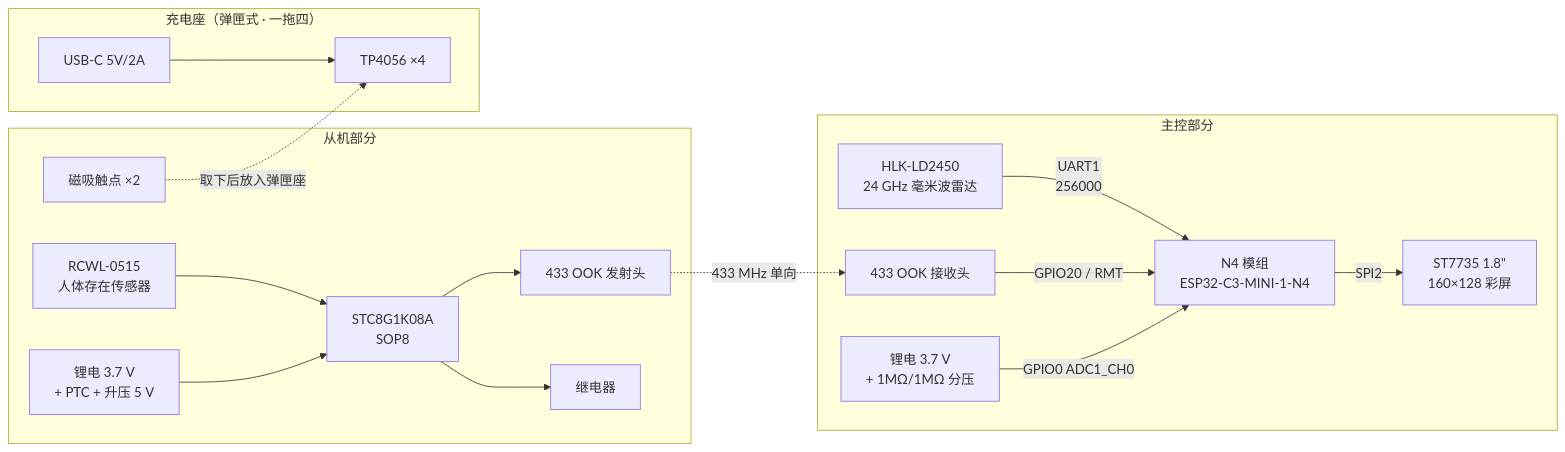
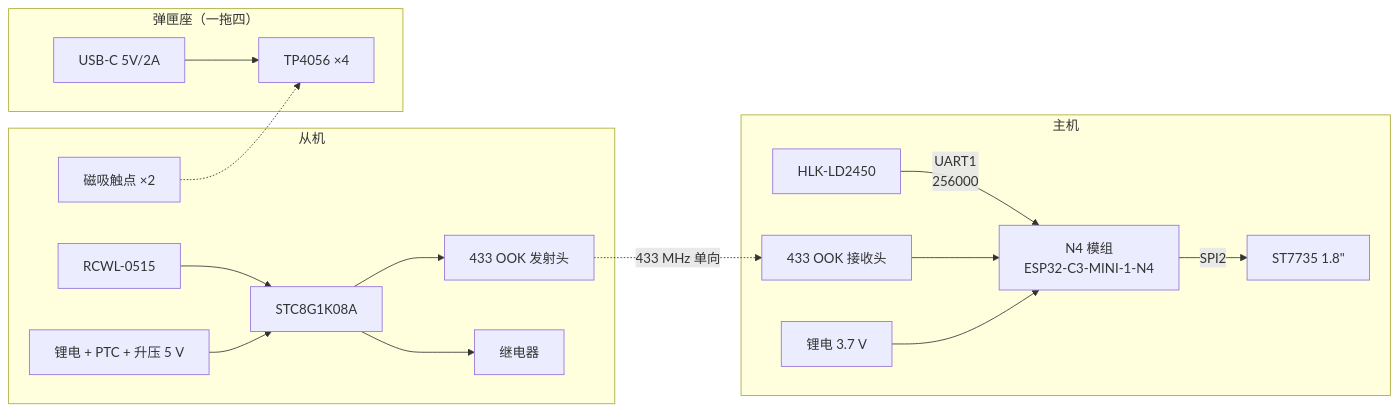
One commit to cobetckoe/HeartbeatSensor changed the diagram in docs/HARDWARE.md. Above: the diagram before and after it, drawn with Mermaid. The commit also changed other lines of this file and 5 other files, not shown here.

````diff
--- a/docs/HARDWARE.md
+++ b/docs/HARDWARE.md
@@ -23,33 +26,33 @@
 ```mermaid
 graph LR
-    subgraph 主控部分
+    subgraph 主机
         N4["N4 模组<br/>ESP32-C3-MINI-1-N4"]
-        TFT["ST7735 1.8&quot;<br/>160×128 彩屏"]
-        RADAR["HLK-LD2450<br/>24 GHz 毫米波雷达"]
+        TFT["ST7735 1.8&quot;"]
+        RADAR["HLK-LD2450"]
         RX["433 OOK 接收头"]
-        BATT["锂电 3.7 V<br/>+ 1MΩ/1MΩ 分压"]
+        BATT["锂电 3.7 V"]
     end
-    subgraph 从机部分
-        STC["STC8G1K08A<br/>SOP8"]
-        RCWL["RCWL-0515<br/>人体存在传感器"]
+    subgraph 从机
+        STC["STC8G1K08A"]
+        RCWL["RCWL-0515"]
         TX["433 OOK 发射头"]
         RELAY["继电器"]
-        SBAT["锂电 3.7 V<br/>+ PTC + 升压 5 V"]
+        SBAT["锂电 + PTC + 升压 5 V"]
         MAG["磁吸触点 ×2"]
     end
-    subgraph 充电座["充电座（弹匣式 · 一拖四）"]
+    subgraph 充电座["弹匣座（一拖四）"]
         TP["TP4056 ×4"]
         USB["USB-C 5V/2A"]
     end
     RADAR -->|"UART1<br/>256000"| N4
     N4 -->|"SPI2"| TFT
     TX -.->|"433 MHz 单向"| RX
-    RX -->|"GPIO20 / RMT"| N4
+    RX --> N4
     RCWL --> STC
     STC --> TX
     STC --> RELAY
-    BATT -->|"GPIO0 ADC1_CH0"| N4
+    BATT --> N4
     SBAT --> STC
-    MAG -.->|"取下后放入弹匣座"| TP
+    MAG -.-> TP
     USB --> TP
 ```
````
